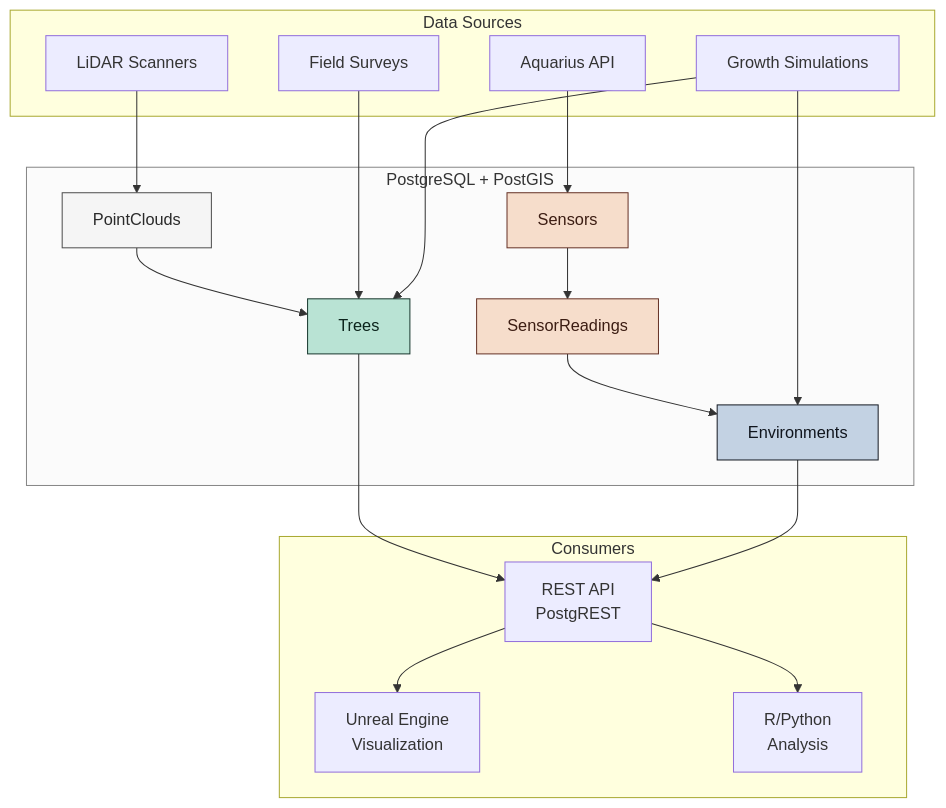
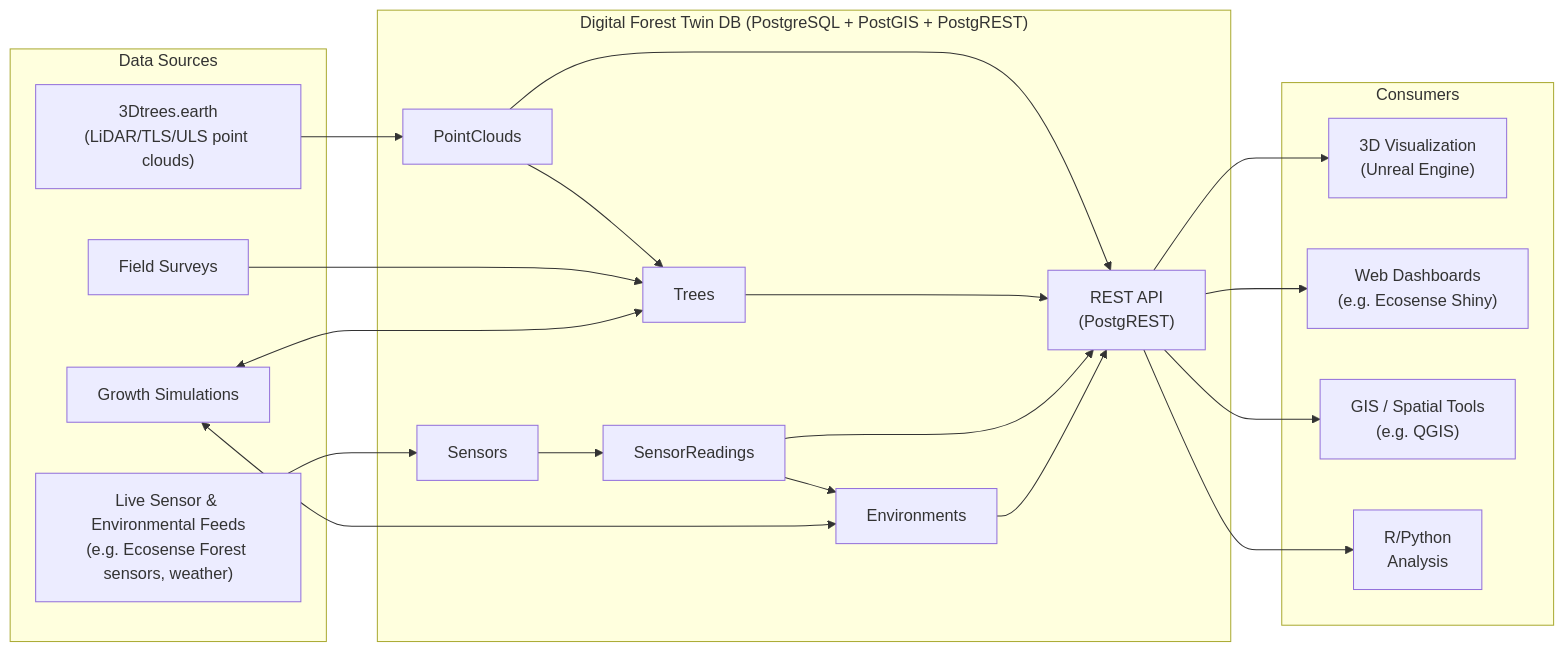
The seventh of 7 diagrams in docs/database-overview.md (XRFutureForests/digital-twin-db), drawn with Mermaid before and after one commit. The commit also changed other lines of this file, not shown here.

Commit message:
updates data flow diagram

````diff
--- a/docs/database-overview.md
+++ b/docs/database-overview.md
@@ -551,44 +561,44 @@
 ```mermaid
-flowchart TB
+flowchart LR
     subgraph Sources["Data Sources"]
-        LiDAR["LiDAR Scanners"]
+        TDT["3Dtrees.earth<br/>(LiDAR/TLS/ULS point clouds)"]
         Field["Field Surveys"]
-        API["Aquarius API"]
         Sim["Growth Simulations"]
+        Live["Live Sensor & Environmental Feeds<br/>(e.g. Ecosense Forest sensors, weather)"]
     end
 
-    subgraph DB["PostgreSQL + PostGIS"]
+    subgraph DB["Digital Forest Twin DB (PostgreSQL + PostGIS + PostgREST)"]
         PC["PointClouds"]
         TR["Trees"]
         SE["Sensors"]
         SR["SensorReadings"]
         EN["Environments"]
+        REST["REST API<br/>(PostgREST)"]
     end
 
     subgraph Consumers["Consumers"]
-        UE["Unreal Engine<br/>Visualization"]
-        REST["REST API<br/>PostgREST"]
+        UE["3D Visualization<br/>(Unreal Engine)"]
+        WEB["Web Dashboards<br/>(e.g. Ecosense Shiny)"]
+        GIS["GIS / Spatial Tools<br/>(e.g. QGIS)"]
         Analysis["R/Python<br/>Analysis"]
     end
 
-    LiDAR --> PC
+    TDT --> PC
     PC --> TR
     Field --> TR
-    API --> SE
+    Live --> SE
     SE --> SR
     SR --> EN
-    Sim --> TR
-    Sim --> EN
+    Sim <--> TR
+    Sim <--> EN
 
+    PC --> REST
     TR --> REST
+    SR --> REST
     EN --> REST
     REST --> UE
+    REST --> WEB
+    REST --> GIS
     REST --> Analysis
 
-    style DB fill:#fbfbfb,stroke:#888888
-    style PC fill:#f5f5f5,stroke:#4f4f4f,color:#2a2a2a
-    style TR fill:#b9e3d4,stroke:#19392f,color:#0c241c
-    style SE fill:#f6ddcb,stroke:#673428,color:#3c1d13
-    style SR fill:#f6ddcb,stroke:#673428,color:#3c1d13
-    style EN fill:#c3d2e3,stroke:#181d26,color:#10151d
 ```
````
